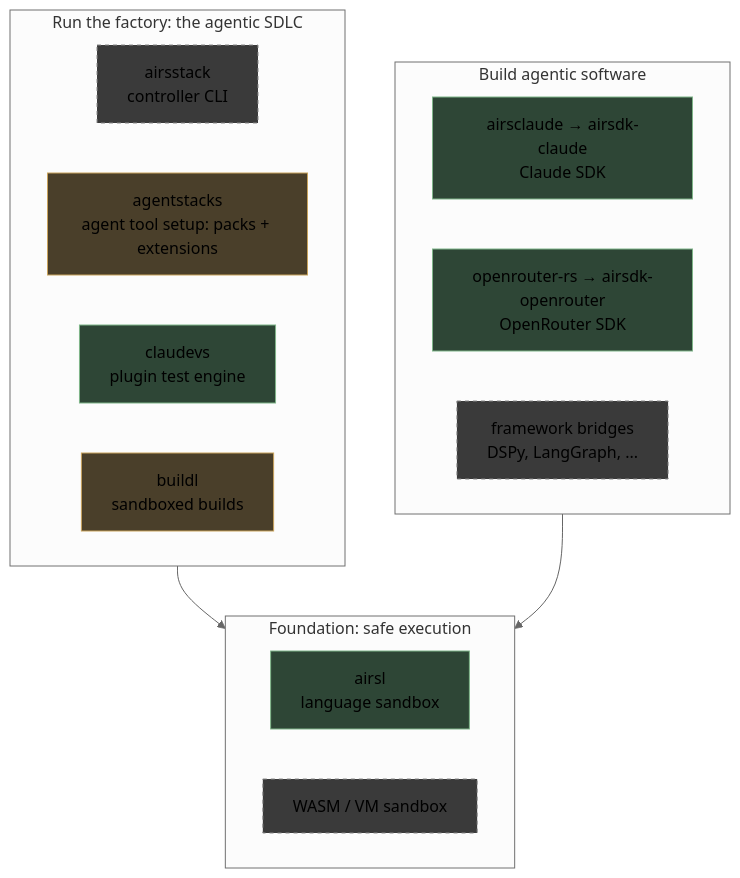
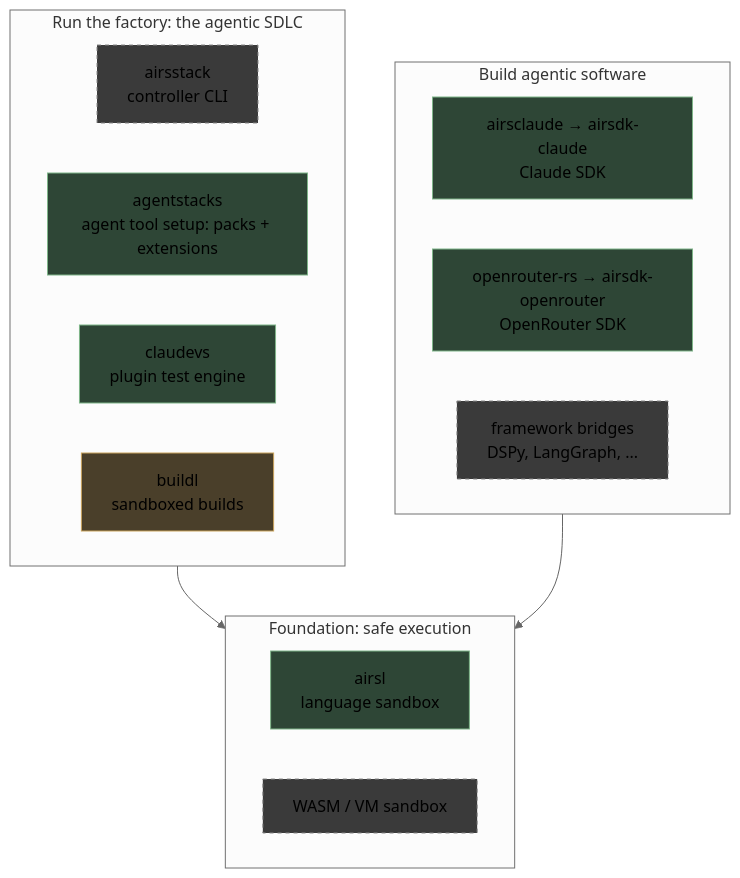
One commit to airsstack/.github changed the diagram in profile/README.md. Above: the diagram before and after it, drawn with Mermaid (neutral theme). The commit also changed other lines of this file, not shown here.

Commit message:
docs(profile): agentstacks 1.0 released, api 1 frozen

````diff
--- a/profile/README.md
+++ b/profile/README.md
@@ -19,37 +19,37 @@
 ```mermaid
 %% airsstack map
 flowchart TB
     subgraph A["Run the factory: the agentic SDLC"]
         direction LR
         CTL["airsstack<br/>controller CLI"]
         SDLC["agentstacks<br/>agent tool setup: packs + extensions"]
         CVS["claudevs<br/>plugin test engine"]
         BUILD["buildl<br/>sandboxed builds"]
     end
 
     subgraph B["Build agentic software"]
         direction LR
         CLAUDE["airsclaude → airsdk-claude<br/>Claude SDK"]
         OR["openrouter-rs → airsdk-openrouter<br/>OpenRouter SDK"]
         BRIDGE["framework bridges<br/>DSPy, LangGraph, ..."]
     end
 
     subgraph F["Foundation: safe execution"]
         direction LR
         AIRSL["airsl<br/>language sandbox"]
         DEEPER["WASM / VM sandbox"]
     end
 
     A --> F
     B --> F
 
-    style SDLC fill:#4a3f2a,stroke:#c9a35c
+    style SDLC fill:#2e4636,stroke:#7fb589
     style CVS fill:#2e4636,stroke:#7fb589
     style CLAUDE fill:#2e4636,stroke:#7fb589
     style OR fill:#2e4636,stroke:#7fb589
     style AIRSL fill:#2e4636,stroke:#7fb589
     style BUILD fill:#4a3f2a,stroke:#c9a35c
     style CTL fill:#3a3a3a,stroke:#888,stroke-dasharray: 4 4
     style BRIDGE fill:#3a3a3a,stroke:#888,stroke-dasharray: 4 4
     style DEEPER fill:#3a3a3a,stroke:#888,stroke-dasharray: 4 4
 ```
````
